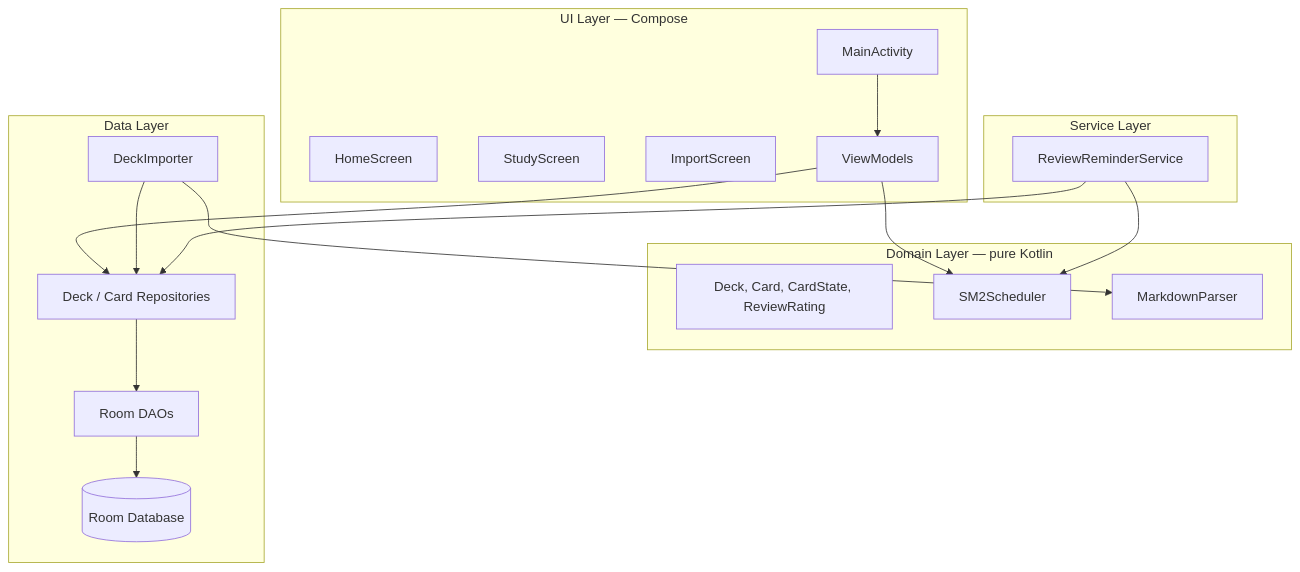
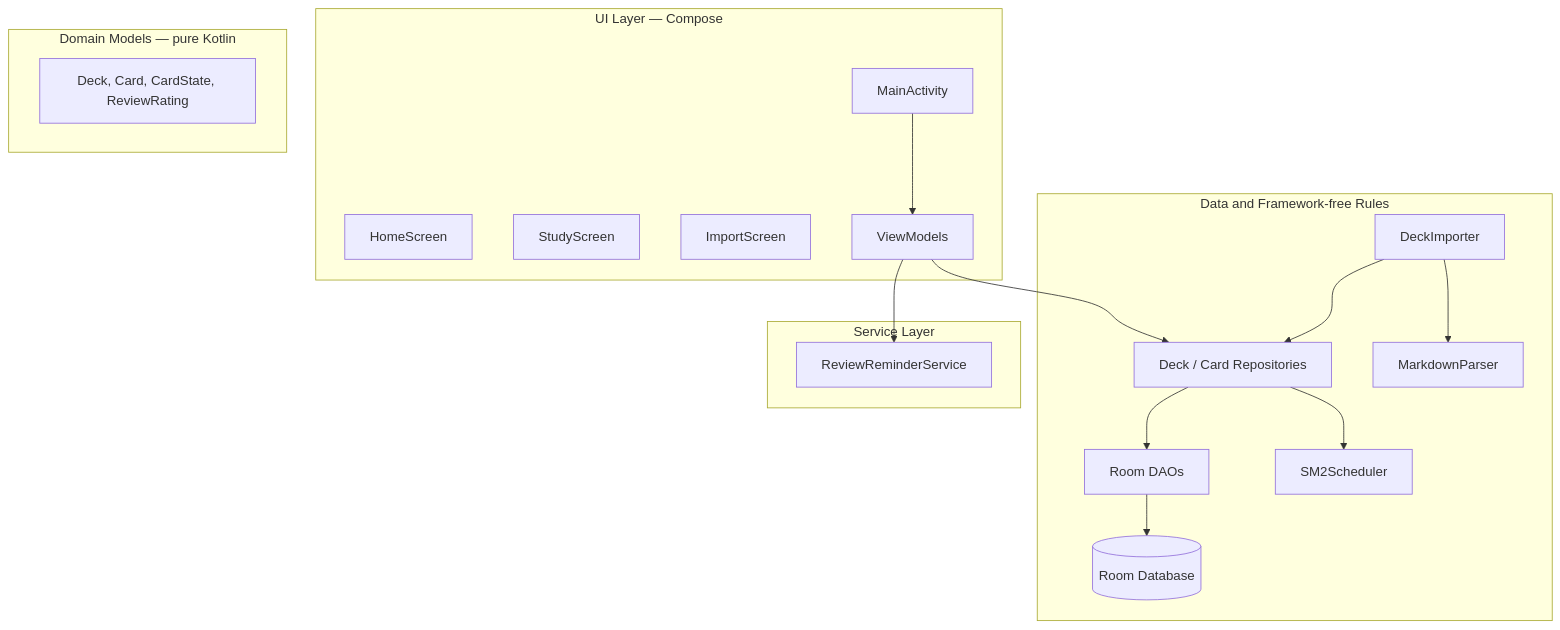
Before and after one commit to patbaumgartner/spaced-repeater-android: the first of 3 diagrams in docs/arc42/05-building-block-view.md, drawn with Mermaid. The commit also changed other lines of this file and 43 other files, not shown here.

````diff
--- a/docs/arc42/05-building-block-view.md
+++ b/docs/arc42/05-building-block-view.md
@@ -5,33 +5,32 @@
 ```mermaid
 flowchart TB
     subgraph ui[UI Layer — Compose]
         Main[MainActivity]
         Home[HomeScreen]
         Study[StudyScreen]
         Import[ImportScreen]
         VM[ViewModels]
     end
-    subgraph domain[Domain Layer — pure Kotlin]
+    subgraph domain[Domain Models — pure Kotlin]
         Models[Deck, Card, CardState, ReviewRating]
-        SM2[SM2Scheduler]
-        MDP[MarkdownParser]
     end
-    subgraph data[Data Layer]
+    subgraph data[Data and Framework-free Rules]
         Repo[Deck / Card Repositories]
         DAO[Room DAOs]
         DB[(Room Database)]
         Imp[DeckImporter]
+        SM2[SM2Scheduler]
+        MDP[MarkdownParser]
     end
     subgraph svc[Service Layer]
         Rem[ReviewReminderService]
     end
 
     Main --> VM
     VM --> Repo
-    VM --> SM2
+    VM --> Rem
+    Repo --> SM2
     Repo --> DAO --> DB
     Imp --> MDP
     Imp --> Repo
-    Rem --> Repo
-    Rem --> SM2
 ```
````
